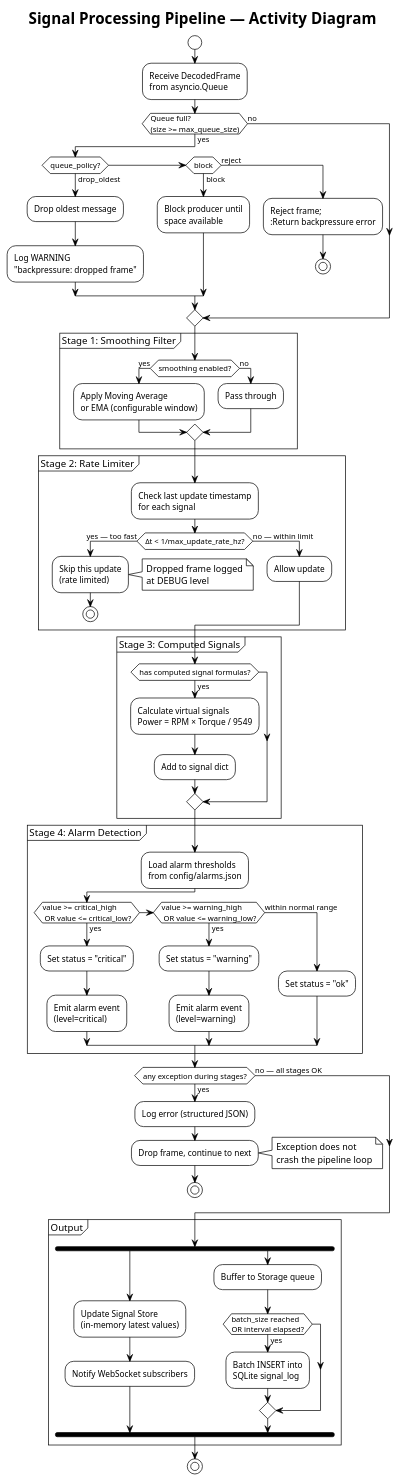
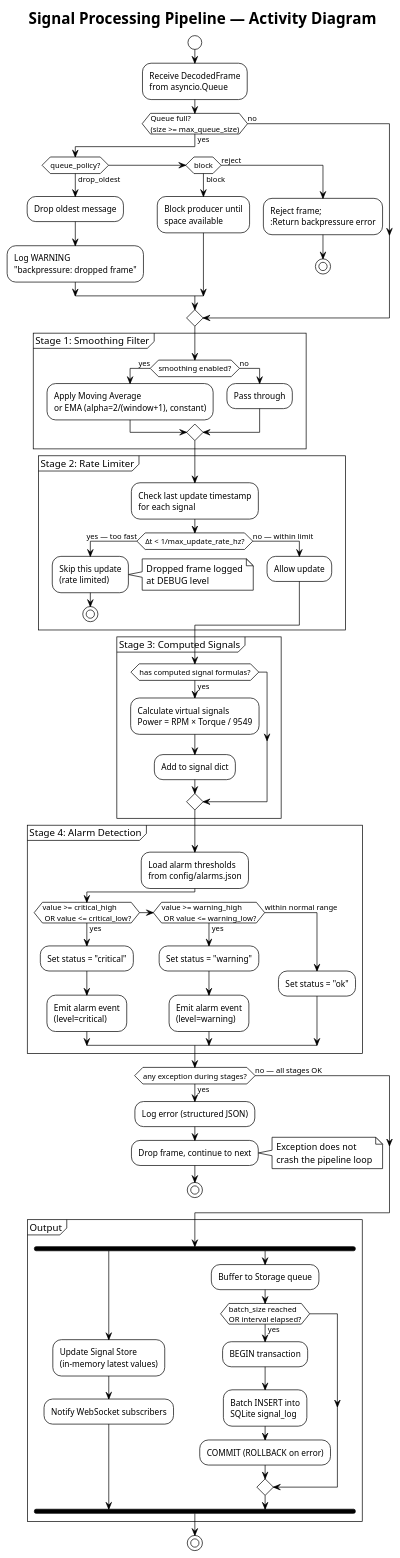
Before and after one commit to 3tdn/car-hmi: the diagram in diagram/08_activity_pipeline.puml, drawn with PlantUML. The commit also changed 12 other files, not shown here.

```diff
--- a/diagram/08_activity_pipeline.puml
+++ b/diagram/08_activity_pipeline.puml
@@ -1,83 +1,85 @@
 @startuml Activity - Signal Processing Pipeline
 !theme plain
 title Signal Processing Pipeline — Activity Diagram
 
 start
 
 :Receive DecodedFrame\nfrom asyncio.Queue;
 
 if (Queue full?\n(size >= max_queue_size)) then (yes)
     if (queue_policy?) then (drop_oldest)
         :Drop oldest message;
         :Log WARNING\n"backpressure: dropped frame";
     elseif (block) then (block)
         :Block producer until\nspace available;
     else (reject)
         :Reject frame;\n:Return backpressure error;
         stop
     endif
 else (no)
 endif
 
 partition "Stage 1: Smoothing Filter" {
     if (smoothing enabled?) then (yes)
-        :Apply Moving Average\nor EMA (configurable window);
+        :Apply Moving Average\nor EMA (alpha=2/(window+1), constant);
     else (no)
         :Pass through;
     endif
 }
 
 partition "Stage 2: Rate Limiter" {
     :Check last update timestamp\nfor each signal;
     if (Δt < 1/max_update_rate_hz?) then (yes — too fast)
         :Skip this update\n(rate limited);
         note right: Dropped frame logged\nat DEBUG level
         stop
     else (no — within limit)
         :Allow update;
     endif
 }
 
 partition "Stage 3: Computed Signals" {
     if (has computed signal formulas?) then (yes)
         :Calculate virtual signals\nPower = RPM × Torque / 9549;
         :Add to signal dict;
     endif
 }
 
 partition "Stage 4: Alarm Detection" {
     :Load alarm thresholds\nfrom config/alarms.json;
     if (value >= critical_high\n OR value <= critical_low?) then (yes)
         :Set status = "critical";
         :Emit alarm event\n(level=critical);
     elseif (value >= warning_high\n OR value <= warning_low?) then (yes)
         :Set status = "warning";
         :Emit alarm event\n(level=warning);
     else (within normal range)
         :Set status = "ok";
     endif
 }
 
 if (any exception during stages?) then (yes)
     :Log error (structured JSON);
     :Drop frame, continue to next;
     note right: Exception does not\ncrash the pipeline loop
     stop
 else (no — all stages OK)
 endif
 
 partition "Output" {
     fork
         :Update Signal Store\n(in-memory latest values);
         :Notify WebSocket subscribers;
     fork again
         :Buffer to Storage queue;
         if (batch_size reached\nOR interval elapsed?) then (yes)
+            :BEGIN transaction;
             :Batch INSERT into\nSQLite signal_log;
+            :COMMIT (ROLLBACK on error);
         endif
     end fork
 }
 
 stop
 
 @enduml
```
